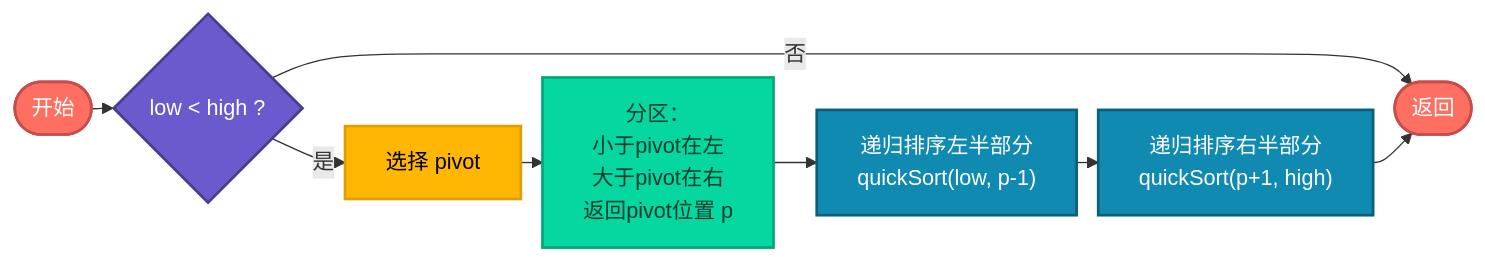
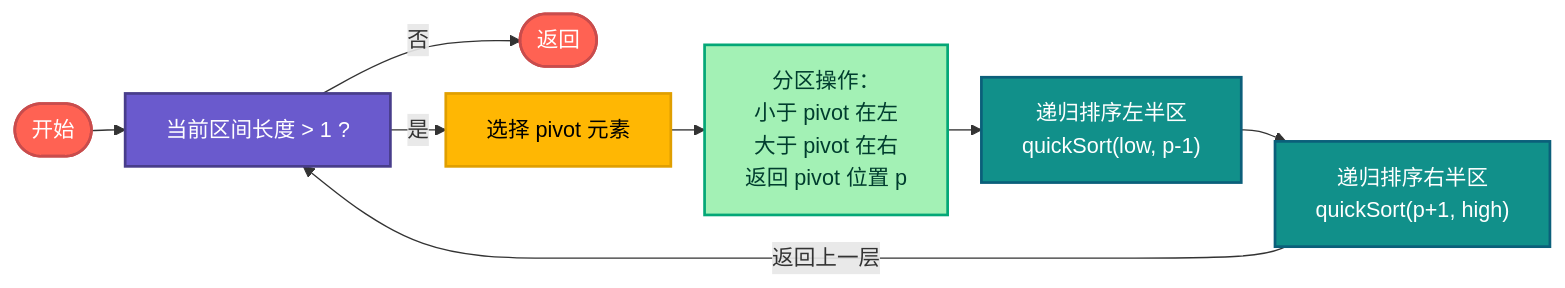
The seventh of 15 diagrams in sorting/AI-Era-Top-10-Sorting-Algorithms.md (microwind/algorithms), drawn with Mermaid before and after one commit. The commit also changed other lines of this file and 2 other files, not shown here.

````diff
--- a/sorting/AI-Era-Top-10-Sorting-Algorithms.md
+++ b/sorting/AI-Era-Top-10-Sorting-Algorithms.md
@@ -402,25 +414,28 @@
 ```mermaid
-%%{init: {'flowchart': {'nodeSpacing': 15, 'rankSpacing': 16, 'padding': 15}}}%%
+%%{init: {'flowchart': {'nodeSpacing': 20, 'rankSpacing': 25, 'padding': 15}}}%%
 graph LR
-    S(["开始"]) --> CHK{"low < high ?"}
+
+    S(["开始"]) --> CHK["当前区间长度 > 1 ?"]
     CHK -->|"否"| END(["返回"])
-    CHK -->|"是"| PIVOT["选择 pivot"]
-    PIVOT --> PART["分区：\n小于pivot在左\n大于pivot在右\n返回pivot位置 p"]
-    PART --> LEFT["递归排序左半部分\nquickSort(low, p-1)"]
-    LEFT --> RIGHT["递归排序右半部分\nquickSort(p+1, high)"]
-    RIGHT --> END
+    CHK -->|"是"| PIVOT["选择 pivot 元素"]
 
-    %% 更鲜艳的配色
-    classDef start fill:#ff6f61,color:#fff,stroke:#c94c4c,stroke-width:2px
+    PIVOT --> PART["分区操作：<br>小于 pivot 在左<br>大于 pivot 在右<br>返回 pivot 位置 p"]
+
+    PART --> LEFT["递归排序左半区<br>quickSort(low, p-1)"]
+    LEFT --> RIGHT["递归排序右半区<br>quickSort(p+1, high)"]
+    RIGHT --> |"返回上一层"| CHK
+
+    %% 节点样式
+    classDef start fill:#FF6253,color:#fff,stroke:#c94c4c,stroke-width:2px
     classDef decision fill:#6a5acd,color:#fff,stroke:#483d8b,stroke-width:2px
     classDef pivot fill:#ffb703,color:#000,stroke:#e09f00,stroke-width:2px
-    classDef partition fill:#06d6a0,color:#003d2e,stroke:#04a777,stroke-width:2px
-    classDef recurse fill:#118ab2,color:#fff,stroke:#0b5f7a,stroke-width:2px
+    classDef partition fill:#A3F1B5,color:#003d2e,stroke:#04a777,stroke-width:2px
+    classDef recurse fill:#11908A,color:#fff,stroke:#0b5f7a,stroke-width:2px
 
     %% 应用样式
     class S,END start
     class CHK decision
     class PIVOT pivot
     class PART partition
     class LEFT,RIGHT recurse
 ```
````
